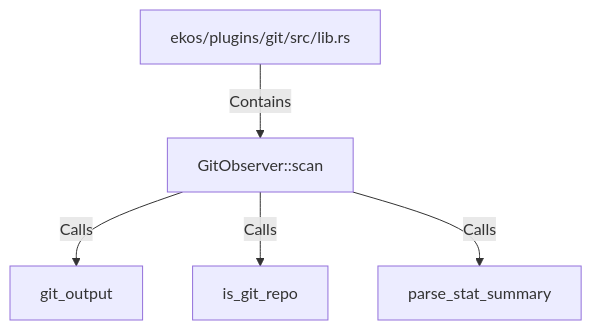
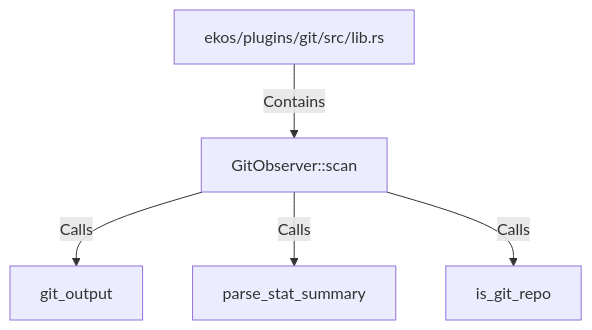
One commit to alexeyban/EKOS changed the diagram in doc/entities/rustsymbol/gi/gitobserver-scan.md. Above: the diagram before and after it, drawn with Mermaid. The commit also changed other lines of this file and 552 other files, not shown here.

````diff
--- a/doc/entities/rustsymbol/gi/gitobserver-scan.md
+++ b/doc/entities/rustsymbol/gi/gitobserver-scan.md
@@ -23,12 +23,12 @@
 ```mermaid
 graph TD
     nef656cf7720b5f34ba8aa732bfe51c32["GitObserver::scan"]
     n8941bcba64745c7baf9e97dc4f4f7a13["ekos/plugins/git/src/lib.rs"]
     n8941bcba64745c7baf9e97dc4f4f7a13 -->|Contains| nef656cf7720b5f34ba8aa732bfe51c32
     n4fea6a2a9edd5378abd5b37ded47b483["git_output"]
     nef656cf7720b5f34ba8aa732bfe51c32 -->|Calls| n4fea6a2a9edd5378abd5b37ded47b483
+    n2c446572839f53629f0599e568697d62["parse_stat_summary"]
+    nef656cf7720b5f34ba8aa732bfe51c32 -->|Calls| n2c446572839f53629f0599e568697d62
     ncded5a1e14f659b080abc13dc8216049["is_git_repo"]
     nef656cf7720b5f34ba8aa732bfe51c32 -->|Calls| ncded5a1e14f659b080abc13dc8216049
-    n2c446572839f53629f0599e568697d62["parse_stat_summary"]
-    nef656cf7720b5f34ba8aa732bfe51c32 -->|Calls| n2c446572839f53629f0599e568697d62
 ```
````
